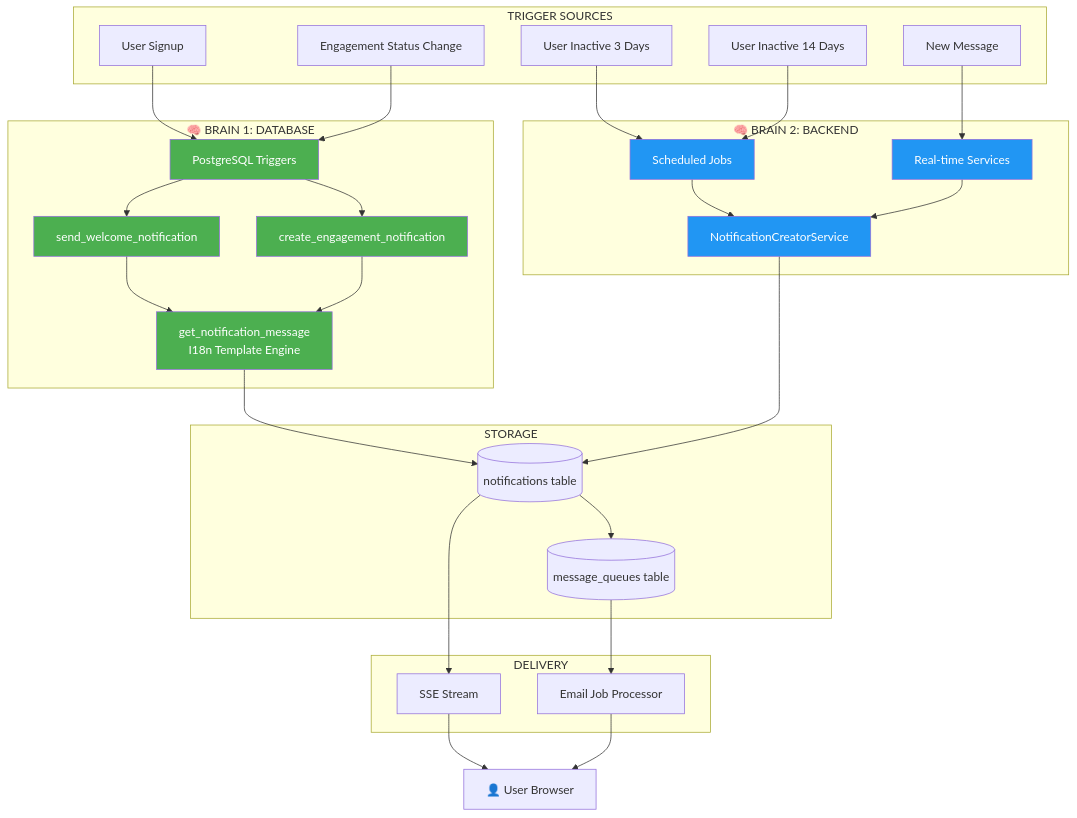
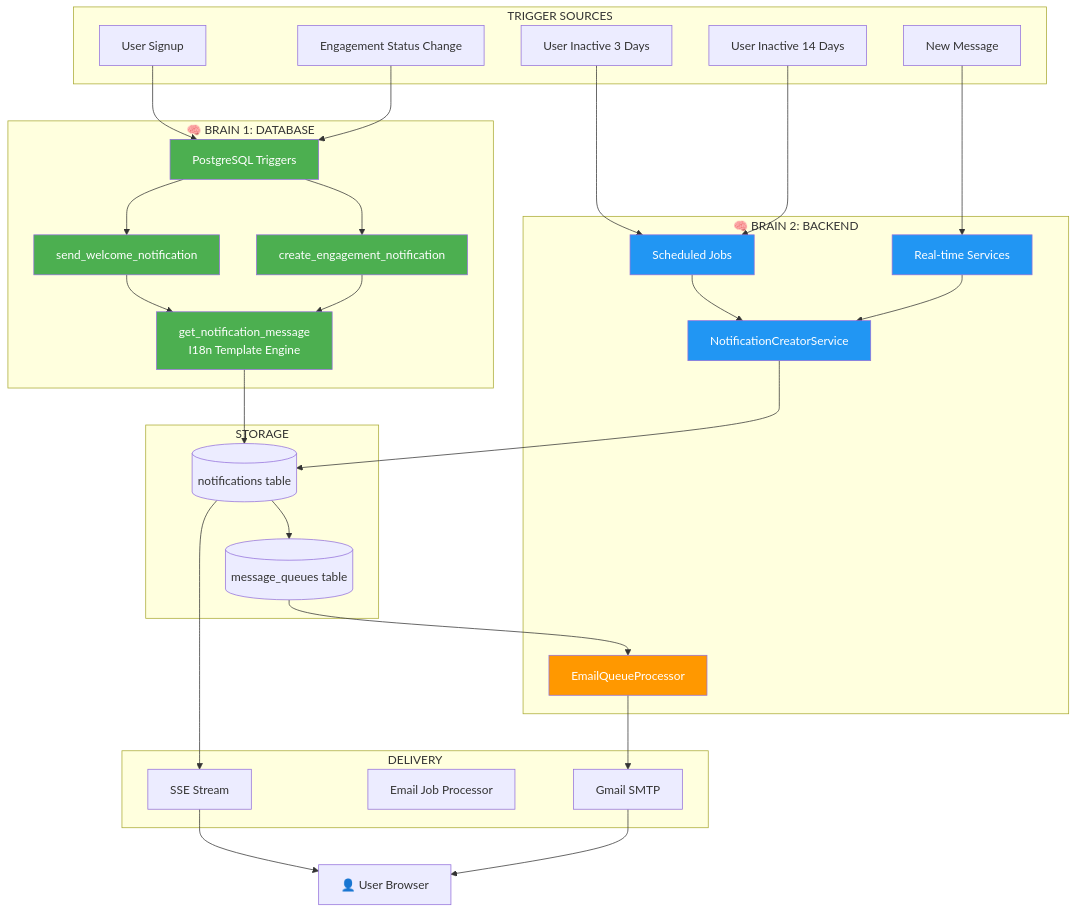
The first of 6 diagrams in backend/backend/docs/api/notification.md (Abdallah-A-Raafat/Nuralhealer), drawn with Mermaid before and after one commit. The commit also changed other lines of this file and 5 other files, not shown here.

First line of the commit message:
Documentation ready:  Add Gmail SMTP email integration and update notification docs

````diff
--- a/backend/backend/docs/api/notification.md
+++ b/backend/backend/docs/api/notification.md
@@ -57,65 +58,69 @@
 ```mermaid
 graph TB
     subgraph "TRIGGER SOURCES"
         T1[User Signup]
         T2[Engagement Status Change]
         T3[New Message]
         T4[User Inactive 3 Days]
         T5[User Inactive 14 Days]
     end
 
     subgraph "🧠 BRAIN 1: DATABASE"
         DB1[PostgreSQL Triggers]
         DB2[send_welcome_notification]
         DB3[create_engagement_notification]
         DB4[get_notification_message<br/>I18n Template Engine]
     end
 
     subgraph "🧠 BRAIN 2: BACKEND"
         BE1[Scheduled Jobs]
         BE2[NotificationCreatorService]
         BE3[Real-time Services]
+        BE4[EmailQueueProcessor]
     end
 
     subgraph "STORAGE"
         ST1[(notifications table)]
         ST2[(message_queues table)]
     end
 
     subgraph "DELIVERY"
         D1[SSE Stream]
         D2[Email Job Processor]
+        D3[Gmail SMTP]
     end
 
     T1 --> DB1
     T2 --> DB1
     T3 --> BE3
     T4 --> BE1
     T5 --> BE1
 
     DB1 --> DB2
     DB1 --> DB3
     DB2 --> DB4
     DB3 --> DB4
 
     BE1 --> BE2
     BE3 --> BE2
 
     DB4 --> ST1
     BE2 --> ST1
     ST1 --> ST2
 
     ST1 --> D1
-    ST2 --> D2
+    ST2 --> BE4
+    BE4 --> D3
 
     D1 --> U[👤 User Browser]
-    D2 --> U
+    D3 --> U
 
     style DB1 fill:#4CAF50,color:#fff
     style DB2 fill:#4CAF50,color:#fff
     style DB3 fill:#4CAF50,color:#fff
     style DB4 fill:#4CAF50,color:#fff
     style BE1 fill:#2196F3,color:#fff
     style BE2 fill:#2196F3,color:#fff
     style BE3 fill:#2196F3,color:#fff
+    style BE4 fill:#FF9800,color:#fff
 ```
````
